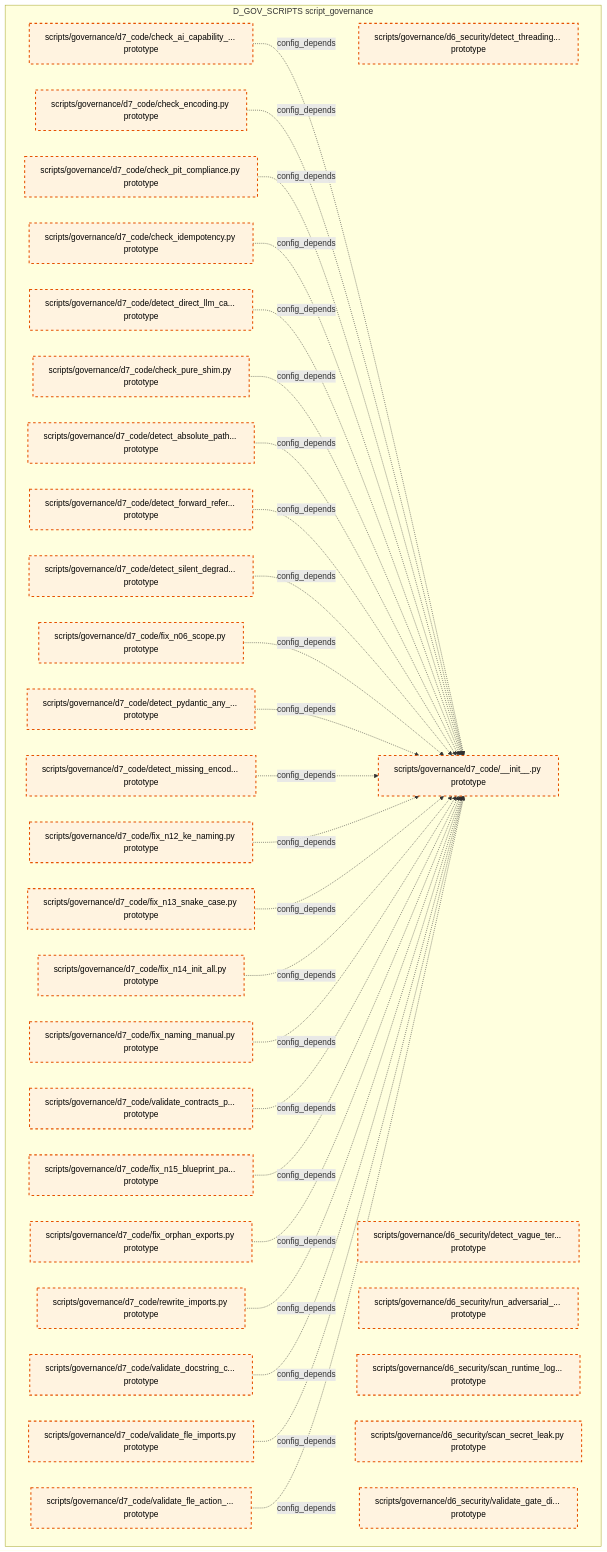
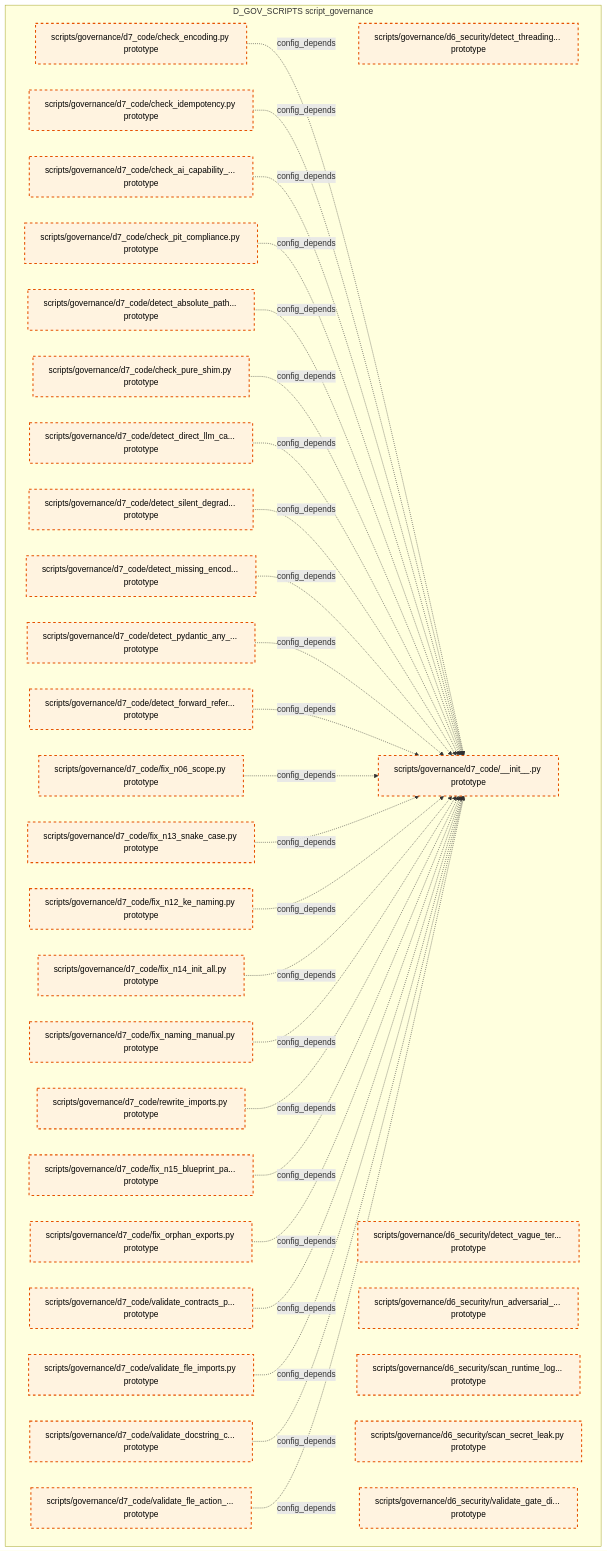
One commit to xuanFelixVan/ZephyrAlpha changed the tenth of 15 diagrams in docs/02_enterprise_architecture/02_domain_architecture_docs/36_d_gov_scripts.md. Above: the diagram before and after it, drawn with Mermaid. The commit also changed other lines of this file and 99 other files, not shown here.

````diff
--- a/docs/02_enterprise_architecture/02_domain_architecture_docs/36_d_gov_scripts.md
+++ b/docs/02_enterprise_architecture/02_domain_architecture_docs/36_d_gov_scripts.md
@@ -689,63 +687,63 @@
 ```mermaid
 graph TD
     subgraph D_GOV_SCRIPTS["D_GOV_SCRIPTS script_governance"]
         scripts_governance_d6_security_detect_threading_lock_py["scripts/governance/d6_security/detect_threading... prototype"]
         scripts_governance_d6_security_detect_vague_terms_py["scripts/governance/d6_security/detect_vague_ter... prototype"]
         scripts_governance_d6_security_run_adversarial_checks_py["scripts/governance/d6_security/run_adversarial_... prototype"]
         scripts_governance_d6_security_scan_runtime_log_secrets_py["scripts/governance/d6_security/scan_runtime_log... prototype"]
         scripts_governance_d6_security_scan_secret_leak_py["scripts/governance/d6_security/scan_secret_leak.py prototype"]
         scripts_governance_d6_security_validate_gate_discipline_py["scripts/governance/d6_security/validate_gate_di... prototype"]
         scripts_governance_d7_code_init_py["scripts/governance/d7_code/__init__.py prototype"]
         scripts_governance_d7_code_check_ai_capability_boundary_py["scripts/governance/d7_code/check_ai_capability_... prototype"]
         scripts_governance_d7_code_check_encoding_py["scripts/governance/d7_code/check_encoding.py prototype"]
         scripts_governance_d7_code_check_idempotency_py["scripts/governance/d7_code/check_idempotency.py prototype"]
         scripts_governance_d7_code_check_pit_compliance_py["scripts/governance/d7_code/check_pit_compliance.py prototype"]
         scripts_governance_d7_code_check_pure_shim_py["scripts/governance/d7_code/check_pure_shim.py prototype"]
         scripts_governance_d7_code_detect_absolute_path_hardcoding_py["scripts/governance/d7_code/detect_absolute_path... prototype"]
         scripts_governance_d7_code_detect_direct_llm_calls_py["scripts/governance/d7_code/detect_direct_llm_ca... prototype"]
         scripts_governance_d7_code_detect_forward_reference_py["scripts/governance/d7_code/detect_forward_refer... prototype"]
         scripts_governance_d7_code_detect_missing_encoding_py["scripts/governance/d7_code/detect_missing_encod... prototype"]
         scripts_governance_d7_code_detect_pydantic_any_fields_py["scripts/governance/d7_code/detect_pydantic_any_... prototype"]
         scripts_governance_d7_code_detect_silent_degradation_py["scripts/governance/d7_code/detect_silent_degrad... prototype"]
         scripts_governance_d7_code_fix_n06_scope_py["scripts/governance/d7_code/fix_n06_scope.py prototype"]
         scripts_governance_d7_code_fix_n12_ke_naming_py["scripts/governance/d7_code/fix_n12_ke_naming.py prototype"]
         scripts_governance_d7_code_fix_n13_snake_case_py["scripts/governance/d7_code/fix_n13_snake_case.py prototype"]
         scripts_governance_d7_code_fix_n14_init_all_py["scripts/governance/d7_code/fix_n14_init_all.py prototype"]
         scripts_governance_d7_code_fix_n15_blueprint_path_py["scripts/governance/d7_code/fix_n15_blueprint_pa... prototype"]
         scripts_governance_d7_code_fix_naming_manual_py["scripts/governance/d7_code/fix_naming_manual.py prototype"]
         scripts_governance_d7_code_fix_orphan_exports_py["scripts/governance/d7_code/fix_orphan_exports.py prototype"]
         scripts_governance_d7_code_rewrite_imports_py["scripts/governance/d7_code/rewrite_imports.py prototype"]
         scripts_governance_d7_code_validate_contracts_purity_py["scripts/governance/d7_code/validate_contracts_p... prototype"]
         scripts_governance_d7_code_validate_docstring_coverage_py["scripts/governance/d7_code/validate_docstring_c... prototype"]
         scripts_governance_d7_code_validate_fle_action_metadata_py["scripts/governance/d7_code/validate_fle_action_... prototype"]
         scripts_governance_d7_code_validate_fle_imports_py["scripts/governance/d7_code/validate_fle_imports.py prototype"]
     end
+    scripts_governance_d7_code_check_encoding_py -.->|config_depends| scripts_governance_d7_code_init_py
+    scripts_governance_d7_code_check_idempotency_py -.->|config_depends| scripts_governance_d7_code_init_py
     scripts_governance_d7_code_check_ai_capability_boundary_py -.->|config_depends| scripts_governance_d7_code_init_py
-    scripts_governance_d7_code_check_encoding_py -.->|config_depends| scripts_governance_d7_code_init_py
     scripts_governance_d7_code_check_pit_compliance_py -.->|config_depends| scripts_governance_d7_code_init_py
-    scripts_governance_d7_code_check_idempotency_py -.->|config_depends| scripts_governance_d7_code_init_py
+    scripts_governance_d7_code_detect_absolute_path_hardcoding_py -.->|config_depends| scripts_governance_d7_code_init_py
+    scripts_governance_d7_code_check_pure_shim_py -.->|config_depends| scripts_governance_d7_code_init_py
     scripts_governance_d7_code_detect_direct_llm_calls_py -.->|config_depends| scripts_governance_d7_code_init_py
-    scripts_governance_d7_code_check_pure_shim_py -.->|config_depends| scripts_governance_d7_code_init_py
-    scripts_governance_d7_code_detect_absolute_path_hardcoding_py -.->|config_depends| scripts_governance_d7_code_init_py
+    scripts_governance_d7_code_detect_silent_degradation_py -.->|config_depends| scripts_governance_d7_code_init_py
+    scripts_governance_d7_code_detect_missing_encoding_py -.->|config_depends| scripts_governance_d7_code_init_py
+    scripts_governance_d7_code_detect_pydantic_any_fields_py -.->|config_depends| scripts_governance_d7_code_init_py
     scripts_governance_d7_code_detect_forward_reference_py -.->|config_depends| scripts_governance_d7_code_init_py
-    scripts_governance_d7_code_detect_silent_degradation_py -.->|config_depends| scripts_governance_d7_code_init_py
     scripts_governance_d7_code_fix_n06_scope_py -.->|config_depends| scripts_governance_d7_code_init_py
-    scripts_governance_d7_code_detect_pydantic_any_fields_py -.->|config_depends| scripts_governance_d7_code_init_py
-    scripts_governance_d7_code_detect_missing_encoding_py -.->|config_depends| scripts_governance_d7_code_init_py
+    scripts_governance_d7_code_fix_n13_snake_case_py -.->|config_depends| scripts_governance_d7_code_init_py
     scripts_governance_d7_code_fix_n12_ke_naming_py -.->|config_depends| scripts_governance_d7_code_init_py
-    scripts_governance_d7_code_fix_n13_snake_case_py -.->|config_depends| scripts_governance_d7_code_init_py
     scripts_governance_d7_code_fix_n14_init_all_py -.->|config_depends| scripts_governance_d7_code_init_py
     scripts_governance_d7_code_fix_naming_manual_py -.->|config_depends| scripts_governance_d7_code_init_py
-    scripts_governance_d7_code_validate_contracts_purity_py -.->|config_depends| scripts_governance_d7_code_init_py
+    scripts_governance_d7_code_rewrite_imports_py -.->|config_depends| scripts_governance_d7_code_init_py
     scripts_governance_d7_code_fix_n15_blueprint_path_py -.->|config_depends| scripts_governance_d7_code_init_py
     scripts_governance_d7_code_fix_orphan_exports_py -.->|config_depends| scripts_governance_d7_code_init_py
-    scripts_governance_d7_code_rewrite_imports_py -.->|config_depends| scripts_governance_d7_code_init_py
+    scripts_governance_d7_code_validate_contracts_purity_py -.->|config_depends| scripts_governance_d7_code_init_py
+    scripts_governance_d7_code_validate_fle_imports_py -.->|config_depends| scripts_governance_d7_code_init_py
     scripts_governance_d7_code_validate_docstring_coverage_py -.->|config_depends| scripts_governance_d7_code_init_py
-    scripts_governance_d7_code_validate_fle_imports_py -.->|config_depends| scripts_governance_d7_code_init_py
     scripts_governance_d7_code_validate_fle_action_metadata_py -.->|config_depends| scripts_governance_d7_code_init_py
     classDef production fill:#e1f5fe,stroke:#01579b,stroke-width:2px,color:#000
     classDef design fill:#fff3e0,stroke:#e65100,stroke-width:2px,color:#000,stroke-dasharray: 5 5
     classDef external_prod fill:#e8f5e9,stroke:#1b5e20,stroke-width:1px,color:#000
     classDef external_design fill:#fce4ec,stroke:#880e4f,stroke-width:1px,color:#000,stroke-dasharray: 5 5
     class scripts_governance_d6_security_detect_threading_lock_py,scripts_governance_d6_security_detect_vague_terms_py,scripts_governance_d6_security_run_adversarial_checks_py,scripts_governance_d6_security_scan_runtime_log_secrets_py,scripts_governance_d6_security_scan_secret_leak_py,scripts_governance_d6_security_validate_gate_discipline_py,scripts_governance_d7_code_init_py,scripts_governance_d7_code_check_ai_capability_boundary_py,scripts_governance_d7_code_check_encoding_py,scripts_governance_d7_code_check_idempotency_py,scripts_governance_d7_code_check_pit_compliance_py,scripts_governance_d7_code_check_pure_shim_py,scripts_governance_d7_code_detect_absolute_path_hardcoding_py,scripts_governance_d7_code_detect_direct_llm_calls_py,scripts_governance_d7_code_detect_forward_reference_py,scripts_governance_d7_code_detect_missing_encoding_py,scripts_governance_d7_code_detect_pydantic_any_fields_py,scripts_governance_d7_code_detect_silent_degradation_py,scripts_governance_d7_code_fix_n06_scope_py,scripts_governance_d7_code_fix_n12_ke_naming_py,scripts_governance_d7_code_fix_n13_snake_case_py,scripts_governance_d7_code_fix_n14_init_all_py,scripts_governance_d7_code_fix_n15_blueprint_path_py,scripts_governance_d7_code_fix_naming_manual_py,scripts_governance_d7_code_fix_orphan_exports_py,scripts_governance_d7_code_rewrite_imports_py,scripts_governance_d7_code_validate_contracts_purity_py,scripts_governance_d7_code_validate_docstring_coverage_py,scripts_governance_d7_code_validate_fle_action_metadata_py,scripts_governance_d7_code_validate_fle_imports_py design
 ```
````
